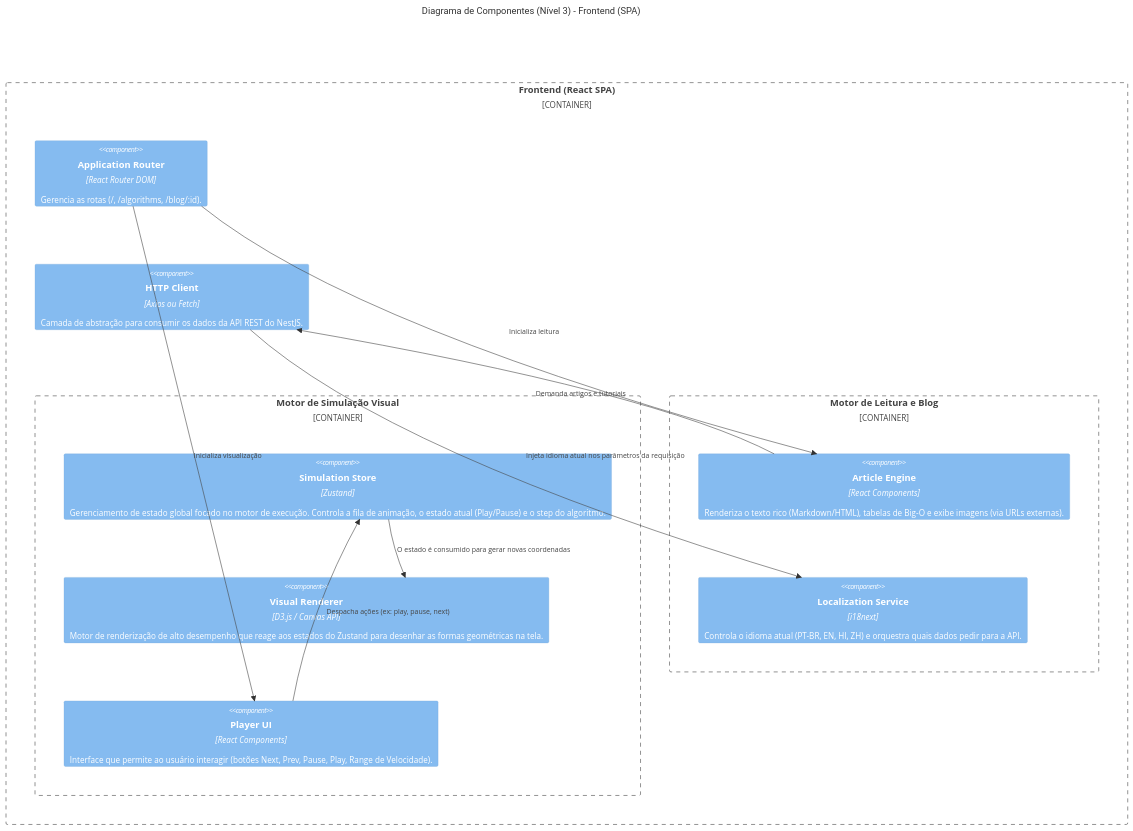
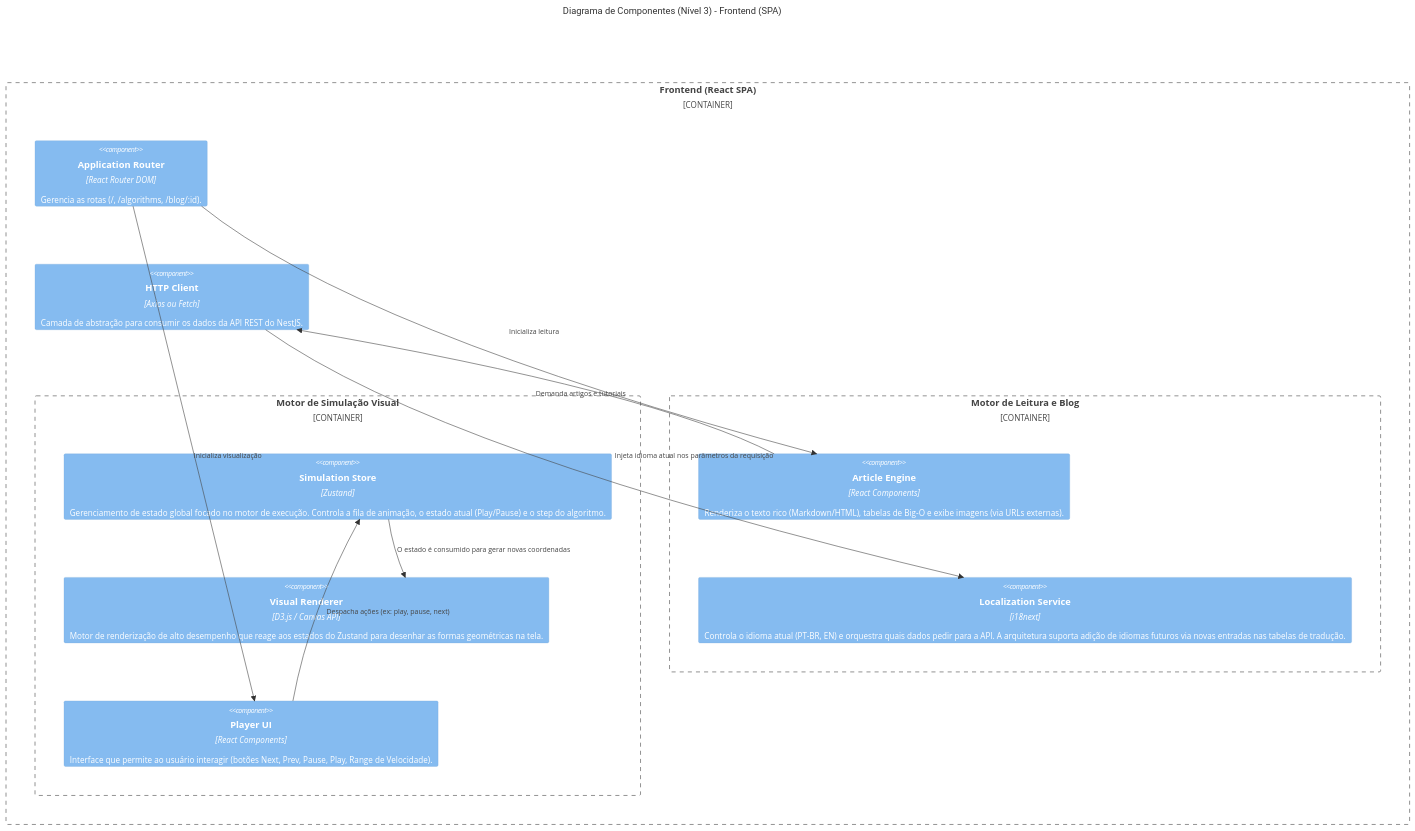
One commit to eduardo-gms/pivot changed the third of 4 diagrams in docs/architecture/c4-model.md. Above: the diagram before and after it, drawn with Mermaid. The commit also changed other lines of this file and 38 other files, not shown here.

````diff
--- a/docs/architecture/c4-model.md
+++ b/docs/architecture/c4-model.md
@@ -71,30 +71,30 @@
 ```mermaid
 C4Component
     title Diagrama de Componentes (Nível 3) - Frontend (SPA)
 
     Container_Boundary(spa, "Frontend (React SPA)") {
         Component(router, "Application Router", "React Router DOM", "Gerencia as rotas (/, /algorithms, /blog/:id).")
         
         Container_Boundary(sim, "Motor de Simulação Visual") {
             Component(zustand, "Simulation Store", "Zustand", "Gerenciamento de estado global focado no motor de execução. Controla a fila de animação, o estado atual (Play/Pause) e o step do algoritmo.")
             Component(renderer, "Visual Renderer", "D3.js / Canvas API", "Motor de renderização de alto desempenho que reage aos estados do Zustand para desenhar as formas geométricas na tela.")
             Component(controls, "Player UI", "React Components", "Interface que permite ao usuário interagir (botões Next, Prev, Pause, Play, Range de Velocidade).")
         }
 
         Container_Boundary(blog, "Motor de Leitura e Blog") {
             Component(blog_ui, "Article Engine", "React Components", "Renderiza o texto rico (Markdown/HTML), tabelas de Big-O e exibe imagens (via URLs externas).")
-            Component(i18n, "Localization Service", "i18next", "Controla o idioma atual (PT-BR, EN, HI, ZH) e orquestra quais dados pedir para a API.")
+            Component(i18n, "Localization Service", "i18next", "Controla o idioma atual (PT-BR, EN) e orquestra quais dados pedir para a API. A arquitetura suporta adição de idiomas futuros via novas entradas nas tabelas de tradução.")
         }
         
         Component(api_client, "HTTP Client", "Axios ou Fetch", "Camada de abstração para consumir os dados da API REST do NestJS.")
     }
 
     Rel(router, controls, "Inicializa visualização")
     Rel(router, blog_ui, "Inicializa leitura")
     
     Rel(controls, zustand, "Despacha ações (ex: play, pause, next)")
     Rel(zustand, renderer, "O estado é consumido para gerar novas coordenadas")
     
     Rel(blog_ui, api_client, "Demanda artigos e tutoriais")
     Rel(api_client, i18n, "Injeta idioma atual nos parâmetros da requisição")
 ```
````
